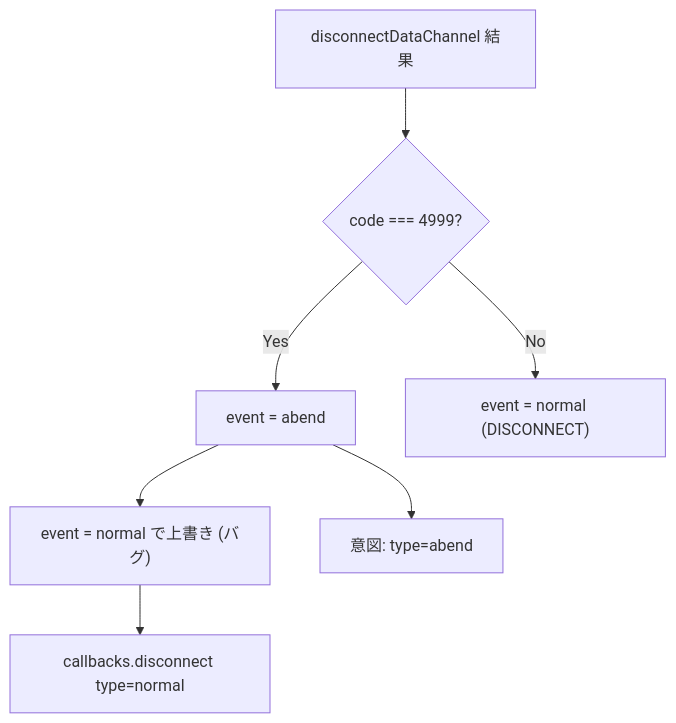
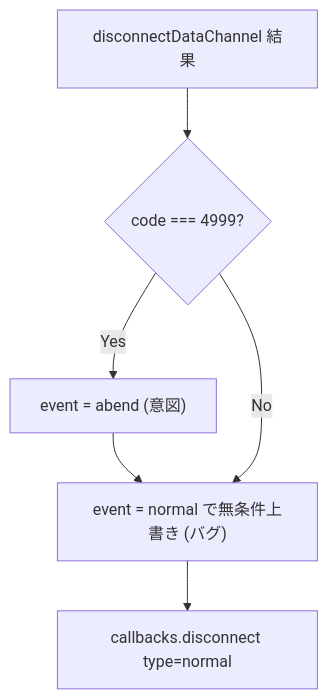
Before and after one commit to shiguredo/sora-js-sdk: the diagram in issues/0031-bug-fix-disconnect-event-overwrite-on-abend.md, drawn with Mermaid. The commit also changed other lines of this file and 33 other files, not shown here.

````diff
--- a/issues/0031-bug-fix-disconnect-event-overwrite-on-abend.md
+++ b/issues/0031-bug-fix-disconnect-event-overwrite-on-abend.md
@@ -20,9 +21,8 @@
 ```mermaid
 flowchart TD
     A[disconnectDataChannel 結果] --> B{code === 4999?}
-    B -->|Yes| C["event = abend"]
-    C --> D["event = normal で上書き (バグ)"]
-    B -->|No| E["event = normal (DISCONNECT)"]
+    B -->|Yes| C["event = abend (意図)"]
+    C --> D["event = normal で無条件上書き (バグ)"]
+    B -->|No| D
     D --> F["callbacks.disconnect type=normal"]
-    C --> G["意図: type=abend"]
 ```
````
